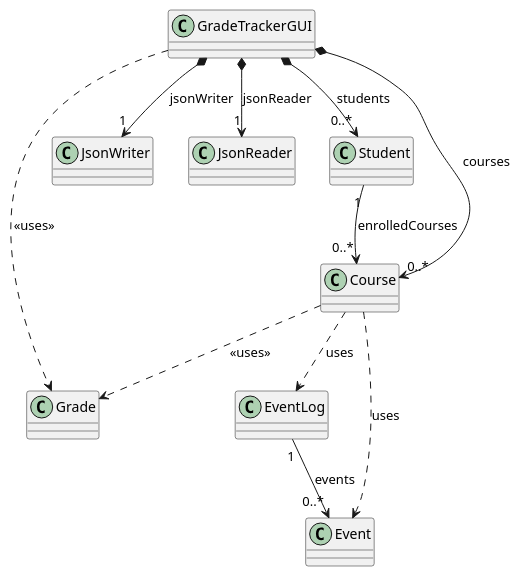
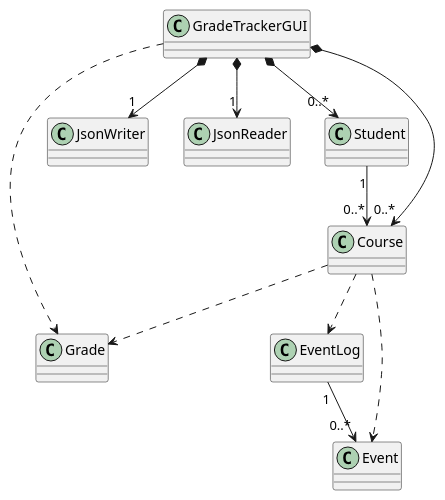
One commit to jb3982/Grade-Tracker-App changed the diagram in UML DIAGRAM.puml. Above: the diagram before and after it, drawn with PlantUML. The commit also changed 6 other files, not shown here.

```diff
--- a/UML DIAGRAM.puml
+++ b/UML DIAGRAM.puml
@@ -1,41 +1,41 @@
 @startuml
 
 class GradeTrackerGUI {
 }
 
 class Grade {
 }
 
 class JsonWriter {
 }
 
 class JsonReader {
 }
 
 class Student {
 }
 
 class Course {
 }
 
 class EventLog {
 }
 
 class Event {
 }
 
-GradeTrackerGUI *--> "0..*" Student : students
-GradeTrackerGUI *--> "0..*" Course : courses
-GradeTrackerGUI *--> "1" JsonWriter : jsonWriter
-GradeTrackerGUI *--> "1" JsonReader : jsonReader
-GradeTrackerGUI ..> Grade : <<uses>>
+GradeTrackerGUI *--> "0..*" Student
+GradeTrackerGUI *--> "0..*" Course
+GradeTrackerGUI *--> "1" JsonWriter
+GradeTrackerGUI *--> "1" JsonReader
+GradeTrackerGUI ..> Grade
 
-Student "1" --> "0..*" Course : enrolledCourses
+Student "1" --> "0..*" Course
 
-Course ..> EventLog : uses
-Course ..> Event : uses
-Course ..> Grade : <<uses>>
+Course ..> EventLog
+Course ..> Event
+Course ..> Grade
 
-EventLog "1" --> "0..*" Event : events
+EventLog "1" --> "0..*" Event
 
 @enduml
```
